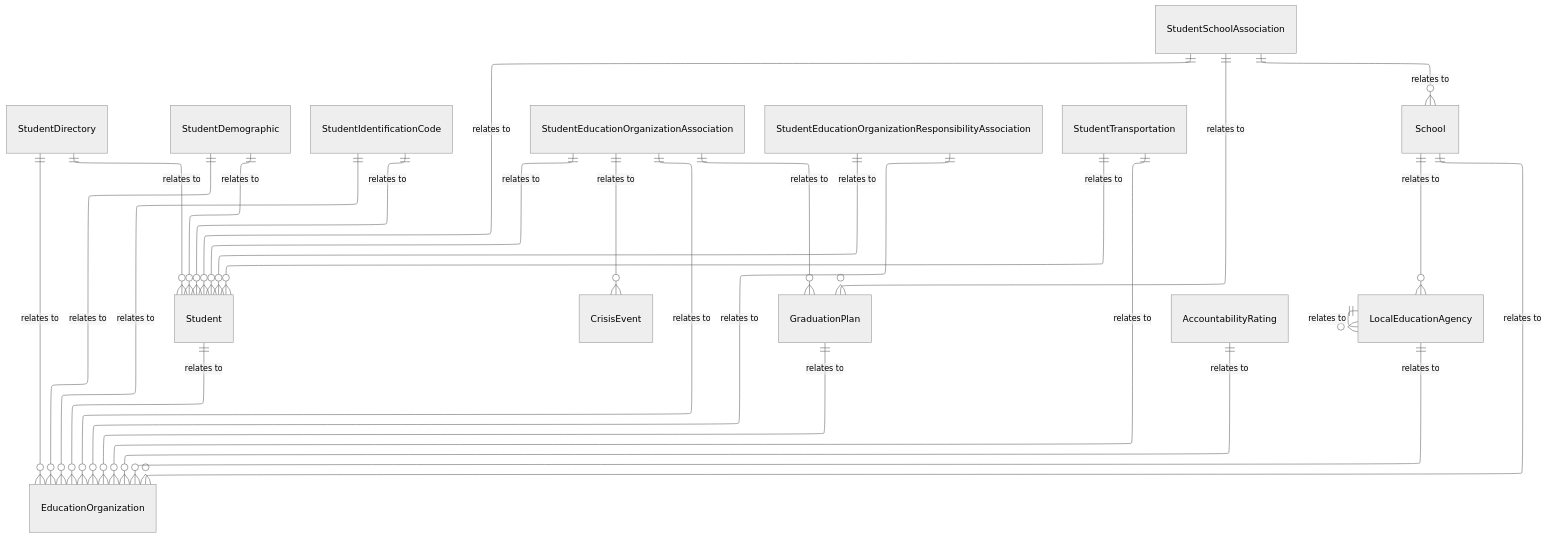
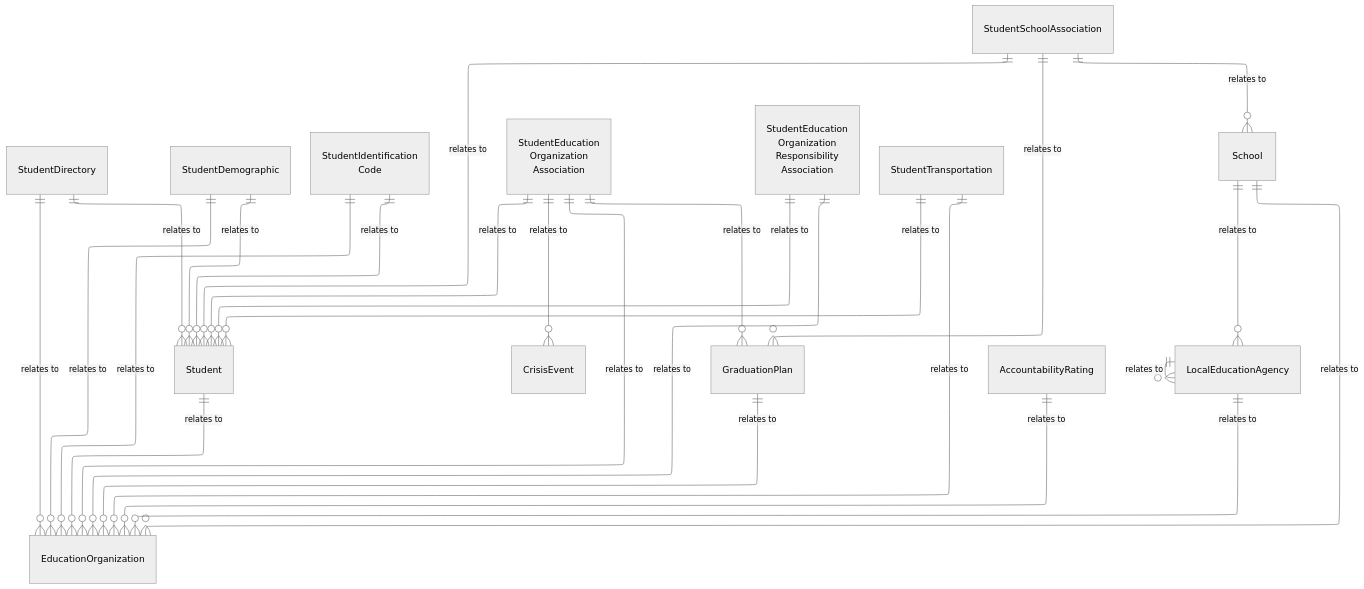
The diagram in dataStandard_versioned_docs/version-6/model-reference/enrollment-domain/model-diagrams.md (Ed-Fi-Alliance-OSS/ed-fi-alliance-oss.github.io), drawn with Mermaid (neutral theme) before and after one commit. The commit also changed 24 other files, not shown here.

````diff
--- a/dataStandard_versioned_docs/version-6/model-reference/enrollment-domain/model-diagrams.md
+++ b/dataStandard_versioned_docs/version-6/model-reference/enrollment-domain/model-diagrams.md
@@ -10,61 +10,73 @@
 ```mermaid
 ---
-
 config:
   layout: elk
 ---
-
 erDiagram
     Student {
     }
     StudentDirectory {
     }
     StudentDemographic {
     }
-    StudentIdentificationCode {
+    StudentIdentificationCode["StudentIdentification<br/>Code"] {
     }
     StudentSchoolAssociation {
     }
-    StudentEducationOrganizationAssociation {
+    StudentEducationOrganizationAssociation["StudentEducation<br/>Organization<br/>Association"] {
     }
-    StudentEducationOrganizationResponsibilityAssociation {
+    StudentEducationOrganizationResponsibilityAssociation["StudentEducation<br/>Organization<br/>Responsibility<br/>Association<br/>"] {
     }
     GraduationPlan {
     }
     CrisisEvent {
     }
     StudentTransportation {
     }
     AccountabilityRating {
     }
     EducationOrganization {
     }
     LocalEducationAgency {
     }
     School {
     }
     StudentDirectory ||--o{ Student : "relates to"
     StudentDirectory ||--o{ EducationOrganization : "relates to"
     StudentDemographic ||--o{ Student : "relates to"
     StudentDemographic ||--o{ EducationOrganization : "relates to"
     StudentIdentificationCode ||--o{ Student : "relates to"
     StudentIdentificationCode ||--o{ EducationOrganization : "relates to"
     Student ||--o{ EducationOrganization : "relates to"
     StudentSchoolAssociation ||--o{ Student : "relates to"
     StudentSchoolAssociation ||--o{ School : "relates to"
     StudentSchoolAssociation ||--o{ GraduationPlan : "relates to"
     StudentEducationOrganizationAssociation ||--o{ Student : "relates to"
     StudentEducationOrganizationAssociation ||--o{ EducationOrganization : "relates to"
     StudentEducationOrganizationAssociation ||--o{ CrisisEvent : "relates to"
     StudentEducationOrganizationAssociation ||--o{ GraduationPlan : "relates to"
     StudentEducationOrganizationResponsibilityAssociation ||--o{ Student : "relates to"
     StudentEducationOrganizationResponsibilityAssociation ||--o{ EducationOrganization : "relates to"
     StudentTransportation ||--o{ Student : "relates to"
     StudentTransportation ||--o{ EducationOrganization : "relates to"
     GraduationPlan ||--o{ EducationOrganization : "relates to"
     AccountabilityRating ||--o{ EducationOrganization : "relates to"
     School ||--o{ EducationOrganization : "relates to"
     School ||--o{ LocalEducationAgency : "relates to"
     LocalEducationAgency ||--o{ EducationOrganization : "relates to"
     LocalEducationAgency ||--o{ LocalEducationAgency : "relates to"
+    style Student color:#000000
+    style StudentDirectory color:#000000
+    style StudentDemographic color:#000000
+    style StudentIdentificationCode color:#000000
+    style StudentSchoolAssociation color:#000000
+    style StudentEducationOrganizationAssociation color:#000000
+    style StudentEducationOrganizationResponsibilityAssociation color:#000000
+    style GraduationPlan color:#000000
+    style CrisisEvent color:#000000
+    style StudentTransportation color:#000000
+    style AccountabilityRating color:#000000
+    style EducationOrganization color:#000000
+    style LocalEducationAgency color:#000000
+    style School color:#000000
 ```
````
